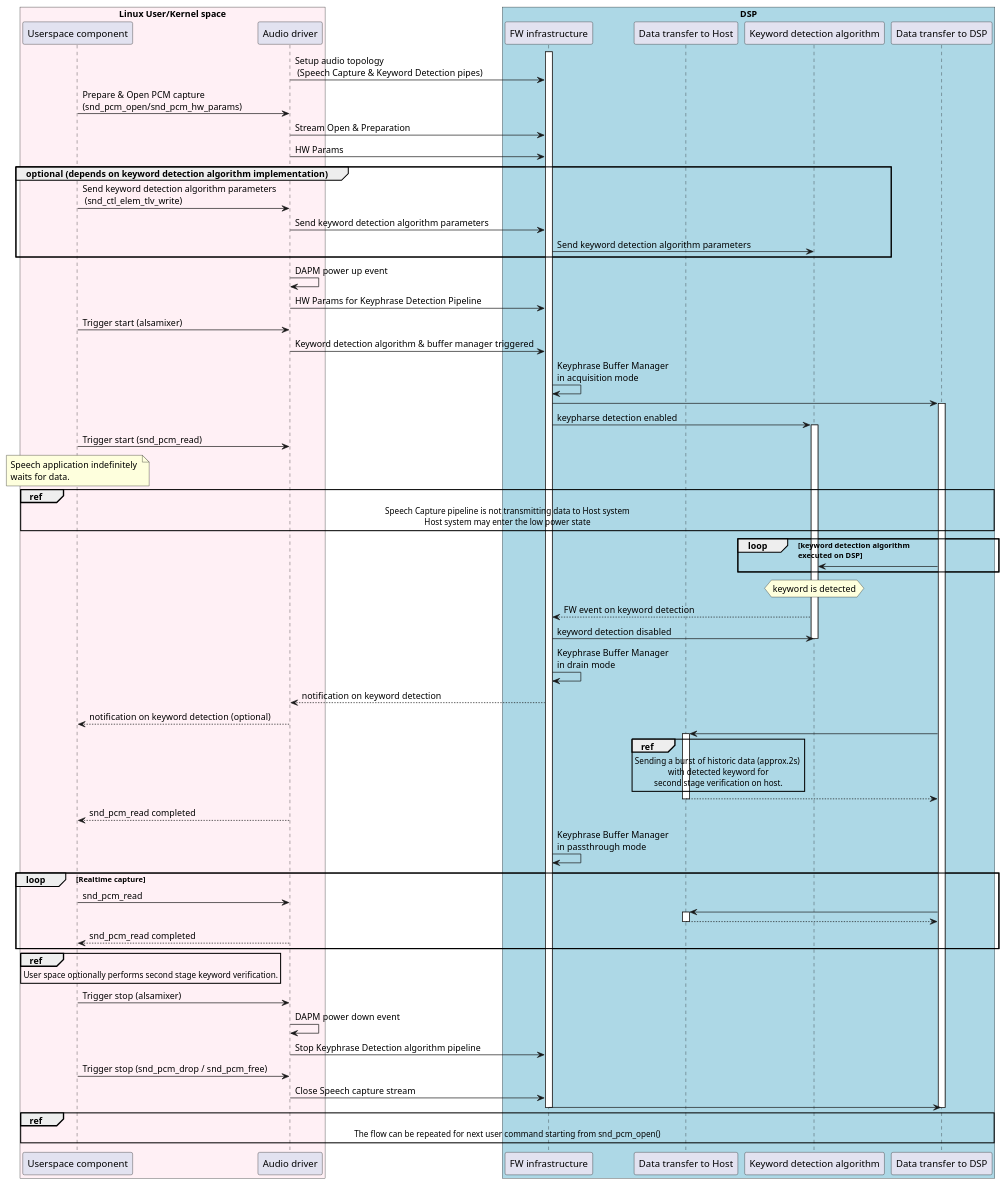
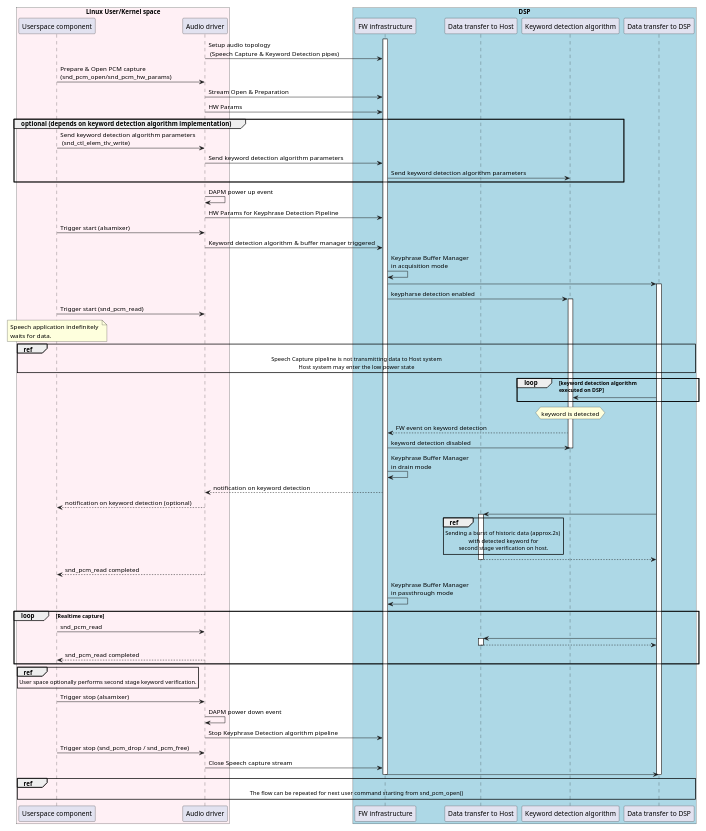
Before and after one commit to thesofproject/sof-docs: the diagram in developer_guides/firmware/kd_integration/images/kd-e2e-sequence-diagram.pu, drawn with PlantUML. The commit also changed 2 other files, not shown here.

Commit message:
Scale down diagrams for Keyword Detection feature
The diagrams have fixed maximum width to make them fit reading pane on low
resolution monitors.

```diff
--- a/developer_guides/firmware/kd_integration/images/kd-e2e-sequence-diagram.pu
+++ b/developer_guides/firmware/kd_integration/images/kd-e2e-sequence-diagram.pu
@@ -1,120 +1,123 @@
 @startuml
+
+scale max 1024 width
+
 participant "Userspace component" as usr
 participant "Audio driver" as drv
 participant "FW infrastructure" as fw
 participant "Data transfer to Host" as dma
 participant "Keyword detection algorithm" as kda
 participant "Data transfer to DSP" as gpdma
 
 box "Linux User/Kernel space" #LavenderBlush
 	participant usr
 	participant drv
 end box
 
 box "DSP" #LightBlue
 	participant fw
 	participant dma
 	participant kda
 	participant gpdma
 end box
 
 activate fw
 
 drv -> fw : Setup audio topology \n (Speech Capture & Keyword Detection pipes)
 usr -> drv : Prepare & Open PCM capture \n(snd_pcm_open/snd_pcm_hw_params)
 drv -> fw : Stream Open & Preparation
 drv -> fw : HW Params
 group optional (depends on keyword detection algorithm implementation)
  usr -> drv : Send keyword detection algorithm parameters \n (snd_ctl_elem_tlv_write)
  drv -> fw : Send keyword detection algorithm parameters
  fw -> kda : Send keyword detection algorithm parameters
 end
 
 drv ->drv : DAPM power up event
 drv -> fw : HW Params for Keyphrase Detection Pipeline
 usr -> drv : Trigger start (alsamixer)
 drv -> fw : Keyword detection algorithm & buffer manager triggered
 
 fw -> fw : Keyphrase Buffer Manager \nin acquisition mode
 fw -> gpdma 
 
 activate gpdma
 
 fw -> kda : keypharse detection enabled
 
 activate kda
 
 usr -> drv : Trigger start (snd_pcm_read)
 
 note over usr
 Speech application indefinitely 
 waits for data.
 end note 
 
 ref over usr, drv, fw , gpdma, kda, dma  
 Speech Capture pipeline is not transmitting data to Host system
 Host system may enter the low power state
 end ref
 
 loop keyword detection algorithm \nexecuted on DSP
  kda <- gpdma 
 end
 
 hnote over kda : keyword is detected
 
 fw <-- kda : FW event on keyword detection
 fw -> kda : keyword detection disabled
 
 deactivate kda 
 
 fw -> fw : Keyphrase Buffer Manager \nin drain mode
 drv <-- fw : notification on keyword detection
 'drv -> fw : enable data transission to Host \n(Capture[Speech] pipeline to Host is running)
 usr <-- drv : notification on keyword detection (optional)
 gpdma -> dma 
 
 activate dma
 
 ref over dma 
 Sending a burst of historic data (approx.2s) 
 with detected keyword for
 second stage verification on host.
 end ref
 
 gpdma <-- dma 
 
 deactivate dma
 
 usr <-- drv : snd_pcm_read completed 
 
 fw -> fw : Keyphrase Buffer Manager \nin passthrough mode 
 
 loop Realtime capture
  usr -> drv : snd_pcm_read
  gpdma -> dma 
  activate dma
  gpdma <-- dma 
 
  deactivate dma
  usr <-- drv : snd_pcm_read completed 
 end 
 
 ref over usr 
 User space optionally performs second stage keyword verification.
 end ref
 
 usr -> drv : Trigger stop (alsamixer)
 drv ->drv : DAPM power down event
 drv -> fw : Stop Keyphrase Detection algorithm pipeline
 usr -> drv : Trigger stop (snd_pcm_drop / snd_pcm_free)
 drv -> fw : Close Speech capture stream
 fw -> gpdma 
 
 deactivate gpdma
 
 ref over usr, drv, fw , gpdma, kda, dma  
 The flow can be repeated for next user command starting from snd_pcm_open()
 end ref
 
 deactivate fw
 @enduml
```
